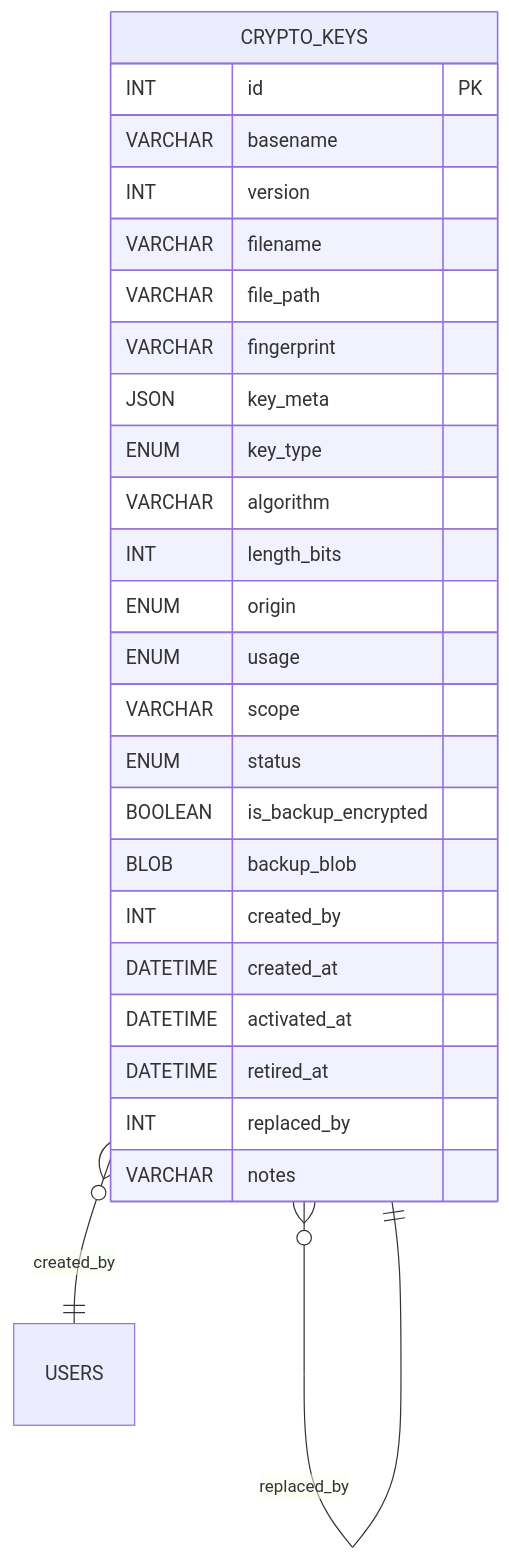
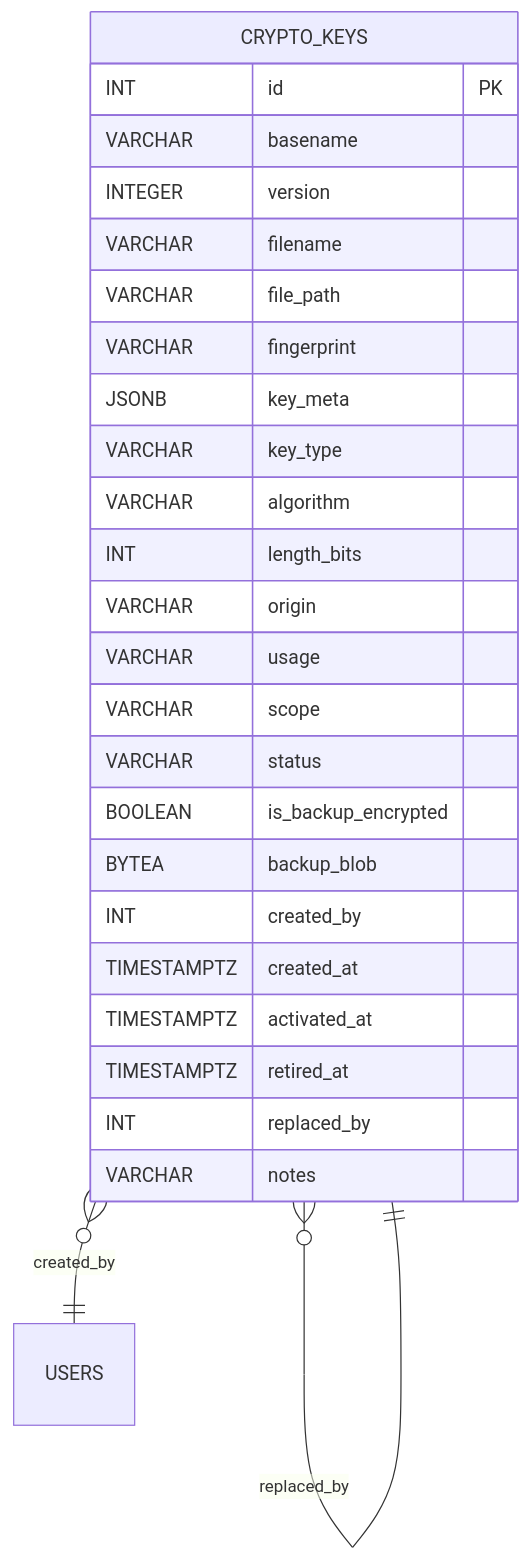
One commit to blackcatdatabase/table-crypto-keys changed the diagram in README.md. Above: the diagram before and after it, drawn with Mermaid. The commit also changed other lines of this file and 26 other files, not shown here.

First line of the commit message:
Regen schema (#1)

````diff
--- a/README.md
+++ b/README.md
@@ -69,29 +69,29 @@
 ```mermaid
 erDiagram
   CRYPTO_KEYS {
     INT id PK
     VARCHAR basename
-    INT version
+    INTEGER version
     VARCHAR filename
     VARCHAR file_path
     VARCHAR fingerprint
-    JSON key_meta
-    ENUM key_type
+    JSONB key_meta
+    VARCHAR key_type
     VARCHAR algorithm
     INT length_bits
-    ENUM origin
-    ENUM usage
+    VARCHAR origin
+    VARCHAR usage
     VARCHAR scope
-    ENUM status
+    VARCHAR status
     BOOLEAN is_backup_encrypted
-    BLOB backup_blob
+    BYTEA backup_blob
     INT created_by
-    DATETIME created_at
-    DATETIME activated_at
-    DATETIME retired_at
+    TIMESTAMPTZ created_at
+    TIMESTAMPTZ activated_at
+    TIMESTAMPTZ retired_at
     INT replaced_by
     VARCHAR notes
   }
   CRYPTO_KEYS }o--|| CRYPTO_KEYS : "replaced_by"
   CRYPTO_KEYS }o--|| USERS : "created_by"
 ```
````
